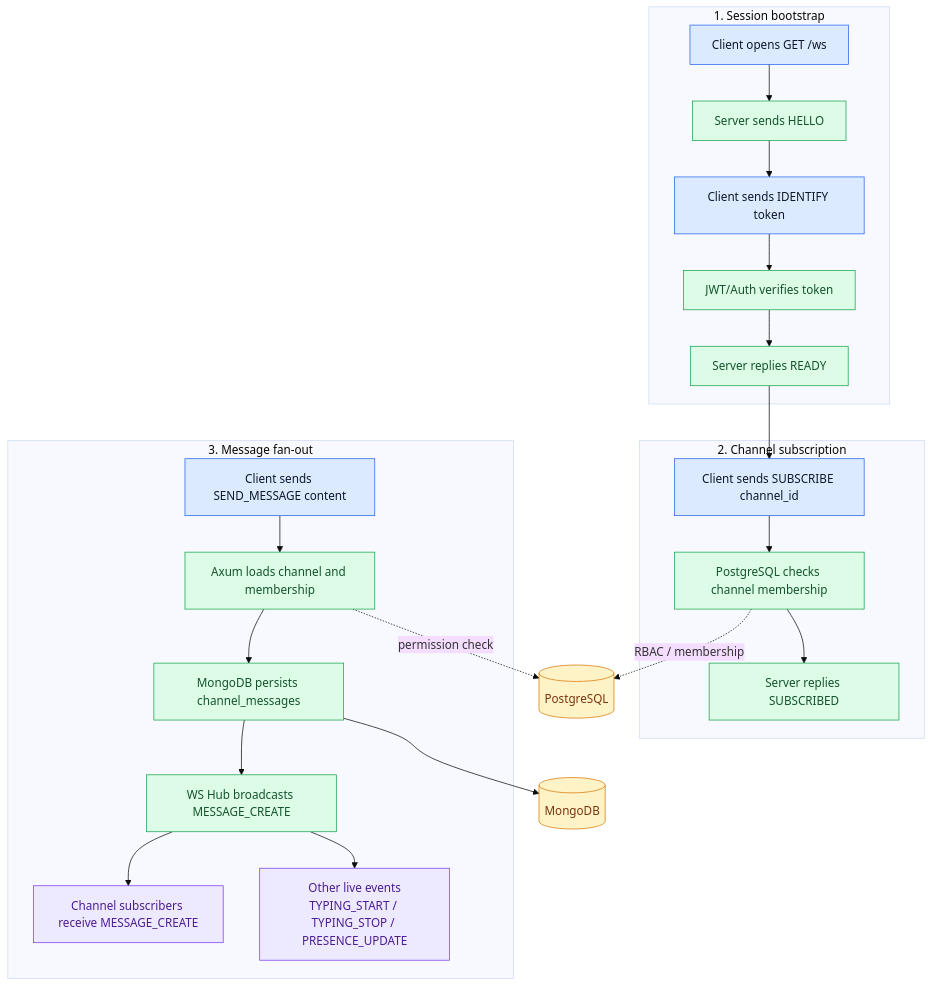
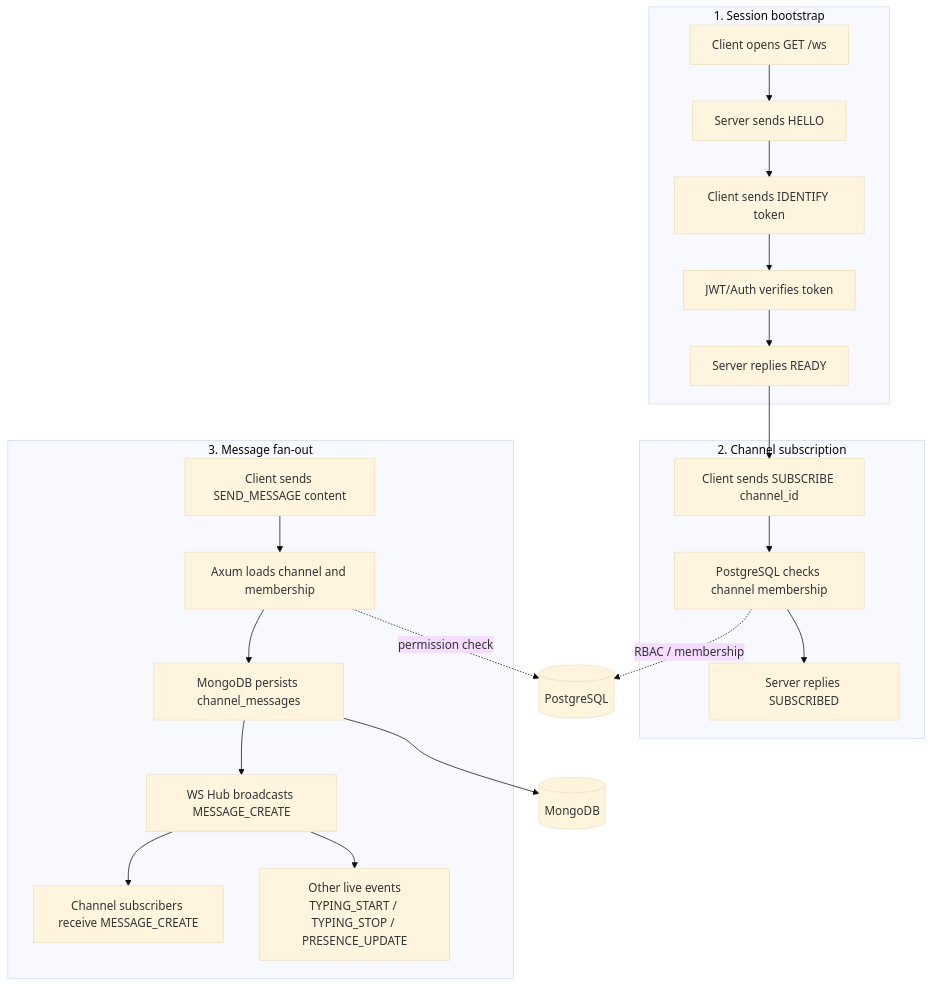
Before and after one commit to florian-billon/voisins-connect: the second of 4 diagrams in README.md, drawn with Mermaid (base theme).

Commit message:
Use default Mermaid colors for websocket diagram

````diff
--- a/README.md
+++ b/README.md
@@ -358,40 +358,30 @@
 ```mermaid
 flowchart TD
     subgraph Phase1["1. Session bootstrap"]
         A[Client opens GET /ws] --> B[Server sends HELLO]
         B --> C[Client sends IDENTIFY token]
         C --> D[JWT/Auth verifies token]
         D --> E[Server replies READY]
     end
 
     subgraph Phase2["2. Channel subscription"]
         F[Client sends SUBSCRIBE channel_id] --> G[PostgreSQL checks channel membership]
         G --> H[Server replies SUBSCRIBED]
     end
 
     subgraph Phase3["3. Message fan-out"]
         I[Client sends SEND_MESSAGE content] --> J[Axum loads channel and membership]
         J --> K[MongoDB persists channel_messages]
         K --> L[WS Hub broadcasts MESSAGE_CREATE]
         L --> M[Channel subscribers receive MESSAGE_CREATE]
         L --> N[Other live events<br/>TYPING_START / TYPING_STOP / PRESENCE_UPDATE]
     end
 
     PG[(PostgreSQL)]
     MG[(MongoDB)]
 
     E --> F
     G -. RBAC / membership .-> PG
     J -. permission check .-> PG
     K --> MG
-
-    classDef client fill:#dbeafe,stroke:#2563eb,color:#0f172a;
-    classDef server fill:#dcfce7,stroke:#16a34a,color:#14532d;
-    classDef data fill:#fef3c7,stroke:#d97706,color:#78350f;
-    classDef live fill:#ede9fe,stroke:#7c3aed,color:#4c1d95;
-
-    class A,C,F,I client;
-    class B,D,E,G,H,J,K,L server;
-    class PG,MG data;
-    class M,N live;
 ```
````
